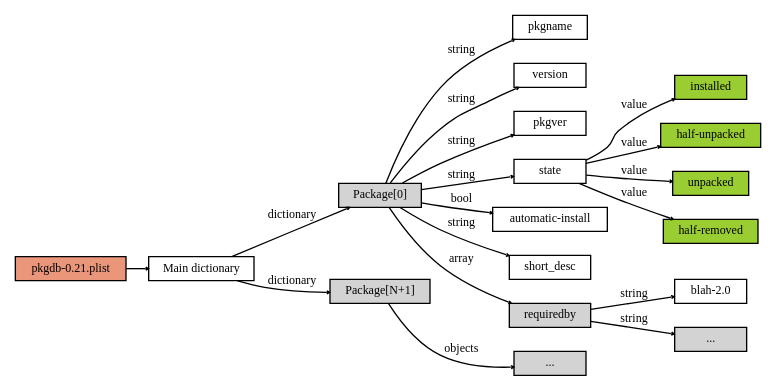
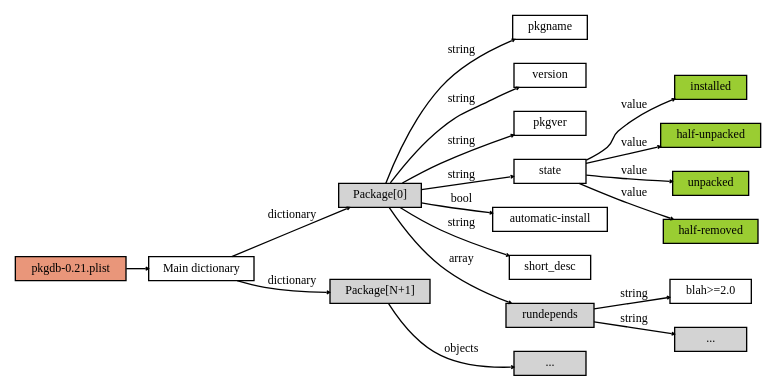
One commit to void-linux/xbps changed the diagram in doc/xbps_pkgdb_dictionary.dot. Above: the diagram before and after it, drawn with Graphviz.

Commit message:
doc/xbps_pkgdb_dictionary.dot: replace reqby obj with rundeps.

```diff
--- a/doc/xbps_pkgdb_dictionary.dot
+++ b/doc/xbps_pkgdb_dictionary.dot
@@ -1,35 +1,35 @@
 digraph pkgdb_dictionary {
 	graph [rankdir=LR,rank=same,ranksep=".10"];
 	edge [arrowhead="vee",arrowsize="0.2",fontname="DejaVuSansCondensed",fontsize="9"];
 	node [height=".1",shape=box,fontname="DejaVuSansCondensed",fontsize="9"];
 	pkgdb_plist -> main;
 	pkgdb_plist [style=filled,fillcolor="darksalmon",label="pkgdb-0.21.plist"];
 	main [label="Main dictionary"];
 	main -> pkgdict [label="dictionary"];
 	main -> pkgdict2 [label="dictionary"];
 	pkgdict [style=filled,label="Package[0]"];
 	pkgdict2 [style=filled,label="Package[N+1]"];
 	pkgdict2 -> pkgdict2_objs [label="objects"];
 	pkgdict2_objs [style=filled,label="..."];
 	pkgdict -> pkgname [label="string"];
 	pkgdict -> version [label="string"];
 	pkgdict -> pkgver [label="string"];
 	pkgdict -> state [label="string"];
 	state -> state_inst [label="value"];
 	state -> state_hfuned [label="value"];
 	state -> state_unpack [label="value"];
 	state -> state_hfrmed [label="value"];
 	state_inst [style=filled,fillcolor="yellowgreen",label="installed"];
 	state_hfuned [style=filled,fillcolor="yellowgreen",label="half-unpacked"];
 	state_unpack [style=filled,fillcolor="yellowgreen",label="unpacked"];
 	state_hfrmed [style=filled,fillcolor="yellowgreen",label="half-removed"];
 	pkgdict -> automatic [label="bool"];
 	automatic [label="automatic-install"];
 	pkgdict -> short_desc [label="string"]
-	pkgdict -> requiredby [label="array"];
-	requiredby [style=filled];
-	requiredby -> reqby1 [label="string"];
-	requiredby -> reqby2 [style=filled,label="string"];
-	reqby1 [label="blah-2.0"];
-	reqby2 [style=filled,label="..."];
+	pkgdict -> rundepends [label="array"];
+	rundepends [style=filled];
+	rundepends -> rundep1 [label="string"];
+	rundepends -> rundep2 [style=filled,label="string"];
+	rundep1 [label="blah>=2.0"];
+	rundep2 [style=filled,label="..."];
 }
```
